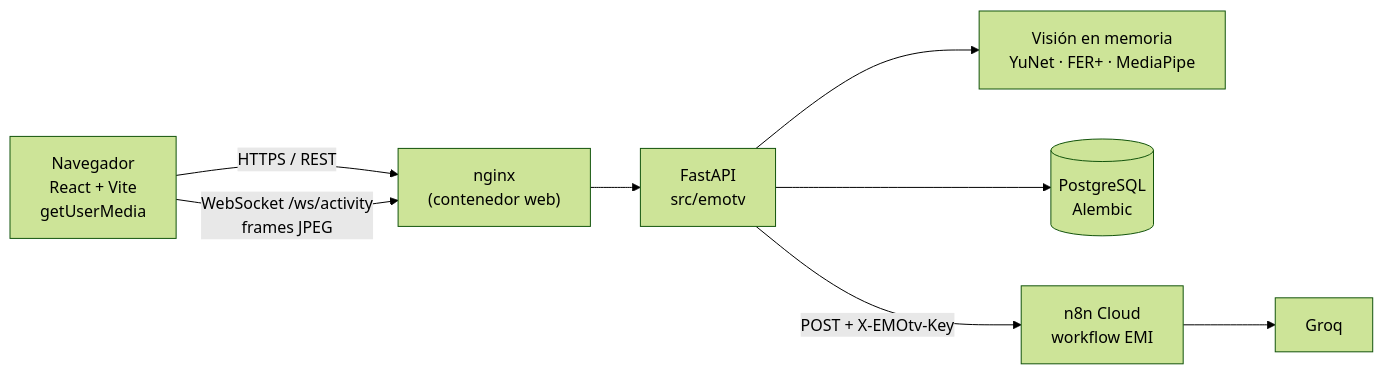
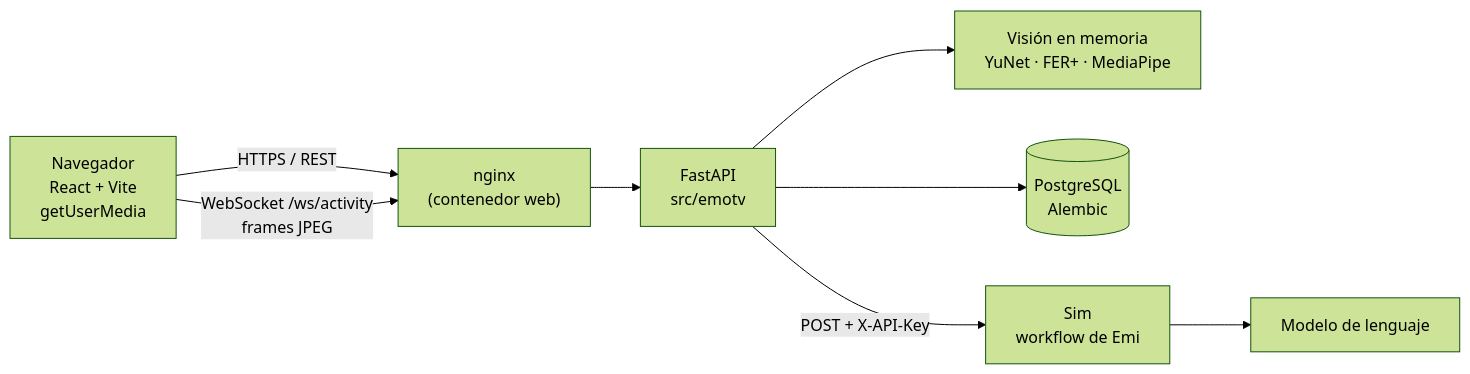
One commit to jedi-cyber/EMOtv changed the diagram in README.md. Above: the diagram before and after it, drawn with Mermaid (forest theme). The commit also changed other lines of this file and 28 other files, not shown here.

Commit message:
feat: Emi usa un workflow de Sim con el contrato de siempre y n8n queda como opción

````diff
--- a/README.md
+++ b/README.md
@@ -32,9 +32,9 @@
 ```mermaid
 flowchart LR
   B["Navegador<br/>React + Vite<br/>getUserMedia"] -->|HTTPS / REST| N["nginx<br/>(contenedor web)"]
   B -->|"WebSocket /ws/activity<br/>frames JPEG"| N
   N --> A["FastAPI<br/>src/emotv"]
   A --> V["Visión en memoria<br/>YuNet · FER+ · MediaPipe"]
   A --> D[("PostgreSQL<br/>Alembic")]
-  A -->|"POST + X-EMOtv-Key"| W["n8n Cloud<br/>workflow EMI"] --> G["Groq"]
+  A -->|"POST + X-API-Key"| W["Sim<br/>workflow de Emi"] --> G["Modelo de lenguaje"]
 ```
````
